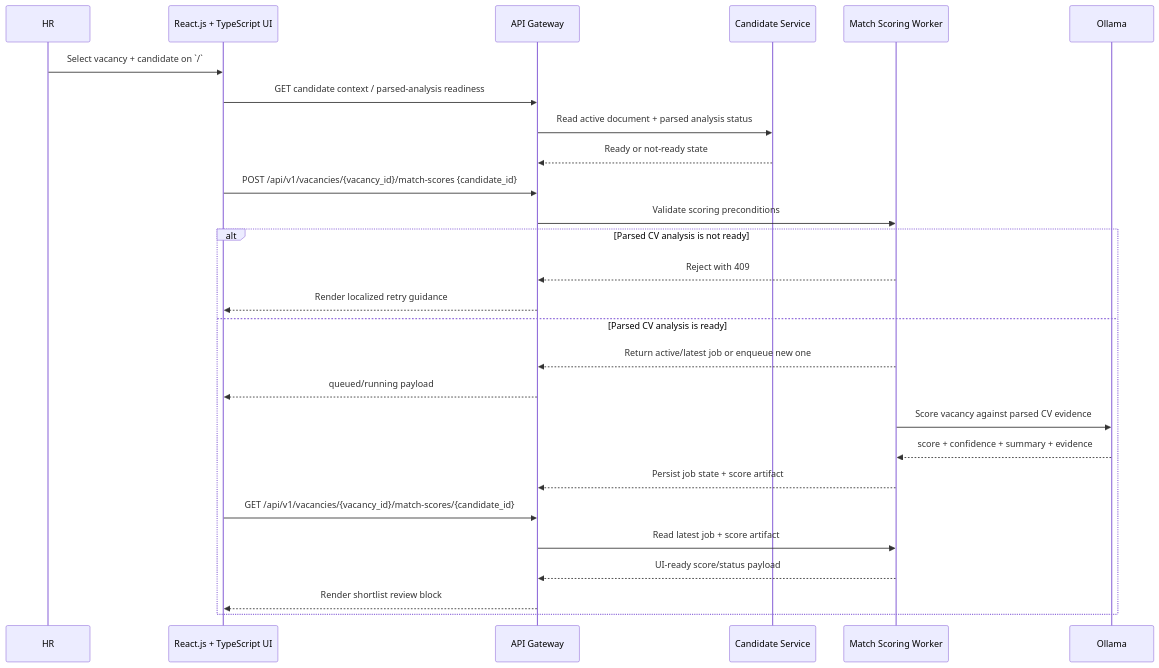
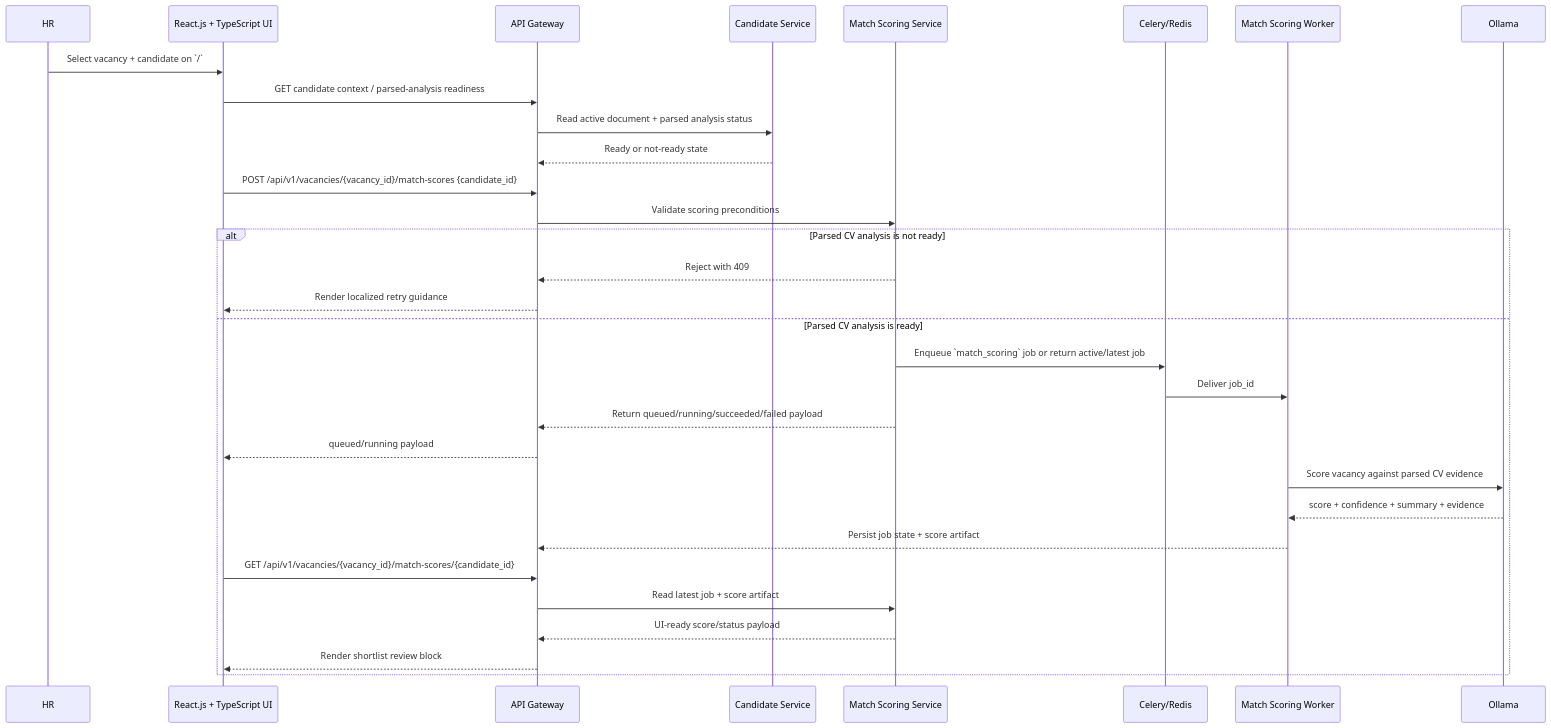
One commit to RubiFoc/hrm changed the fourth of 17 diagrams in docs/architecture/diagrams.md. Above: the diagram before and after it, drawn with Mermaid. The commit also changed other lines of this file and 49 other files, not shown here.

First line of the commit message:
feat(scoring): deliver match scoring shortlist slice (#75)

````diff
--- a/docs/architecture/diagrams.md
+++ b/docs/architecture/diagrams.md
@@ -151,30 +151,34 @@
 ```mermaid
 sequenceDiagram
   participant HR as HR
   participant UI as React.js + TypeScript UI
   participant API as API Gateway
   participant CAND as Candidate Service
-  participant SCORE as Match Scoring Worker
+  participant SCORE as Match Scoring Service
+  participant Q as Celery/Redis
+  participant WORKER as Match Scoring Worker
   participant OLL as Ollama
 
   HR->>UI: Select vacancy + candidate on `/`
   UI->>API: GET candidate context / parsed-analysis readiness
   API->>CAND: Read active document + parsed analysis status
   CAND-->>API: Ready or not-ready state
   UI->>API: POST /api/v1/vacancies/{vacancy_id}/match-scores {candidate_id}
   API->>SCORE: Validate scoring preconditions
   alt Parsed CV analysis is not ready
     SCORE-->>API: Reject with 409
     API-->>UI: Render localized retry guidance
   else Parsed CV analysis is ready
-    SCORE-->>API: Return active/latest job or enqueue new one
+    SCORE->>Q: Enqueue `match_scoring` job or return active/latest job
+    Q->>WORKER: Deliver job_id
+    SCORE-->>API: Return queued/running/succeeded/failed payload
     API-->>UI: queued/running payload
-    SCORE->>OLL: Score vacancy against parsed CV evidence
-    OLL-->>SCORE: score + confidence + summary + evidence
-    SCORE-->>API: Persist job state + score artifact
+    WORKER->>OLL: Score vacancy against parsed CV evidence
+    OLL-->>WORKER: score + confidence + summary + evidence
+    WORKER-->>API: Persist job state + score artifact
     UI->>API: GET /api/v1/vacancies/{vacancy_id}/match-scores/{candidate_id}
     API->>SCORE: Read latest job + score artifact
     SCORE-->>API: UI-ready score/status payload
     API-->>UI: Render shortlist review block
   end
 ```
````
